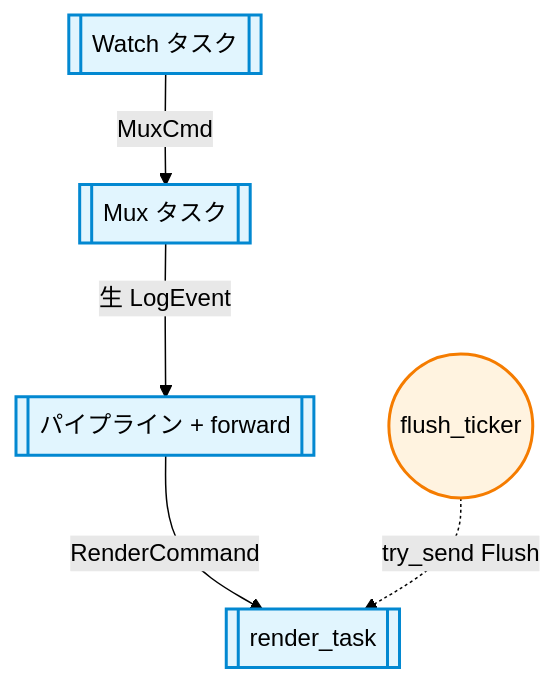
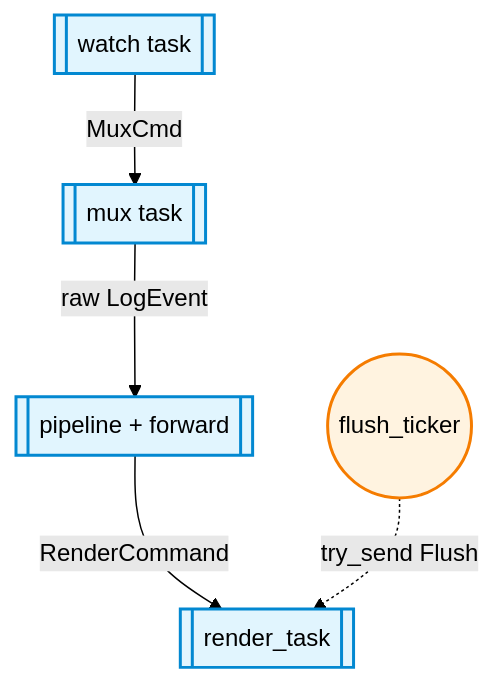
The fourth of 5 diagrams in crates/rustern-core/README.md (daisuke8000/rustern), drawn with Mermaid (forest theme) before and after one commit. The commit also changed other lines of this file and 20 other files, not shown here.

````diff
--- a/crates/rustern-core/README.md
+++ b/crates/rustern-core/README.md
@@ -185,18 +185,18 @@
 ```mermaid
 flowchart TD
-    Watch[["Watch タスク"]]
-    Mux[["Mux タスク"]]
-    Main[["パイプライン + forward"]]
+    Watch[["watch task"]]
+    Mux[["mux task"]]
+    Main[["pipeline + forward"]]
     Render[["render_task"]]
     Ticker(("flush_ticker"))
 
     Watch -->|MuxCmd| Mux
-    Mux -->|生 LogEvent| Main
+    Mux -->|raw LogEvent| Main
     Main -->|RenderCommand| Render
     Ticker -.->|try_send Flush| Render
 
     classDef task fill:#e1f5fe,stroke:#0288d1,stroke-width:2px;
     class Watch,Mux,Main,Render task;
     classDef timer fill:#fff3e0,stroke:#f57c00,stroke-width:2px;
     class Ticker timer;
 ```
````
